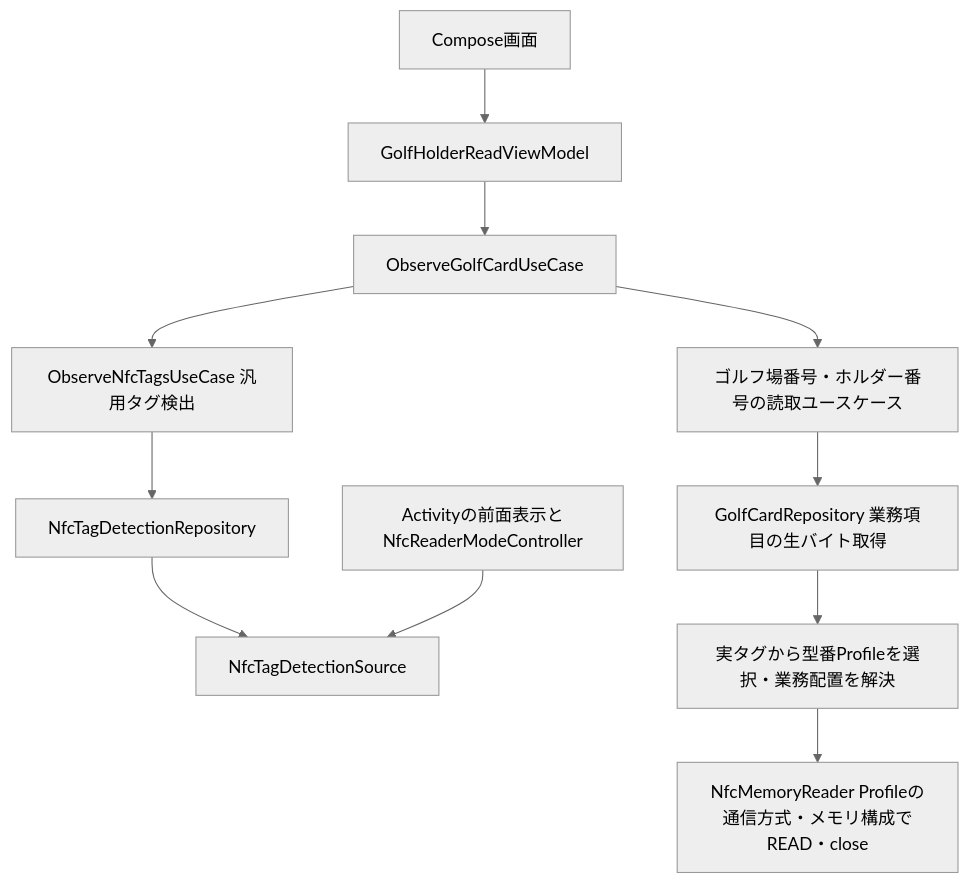
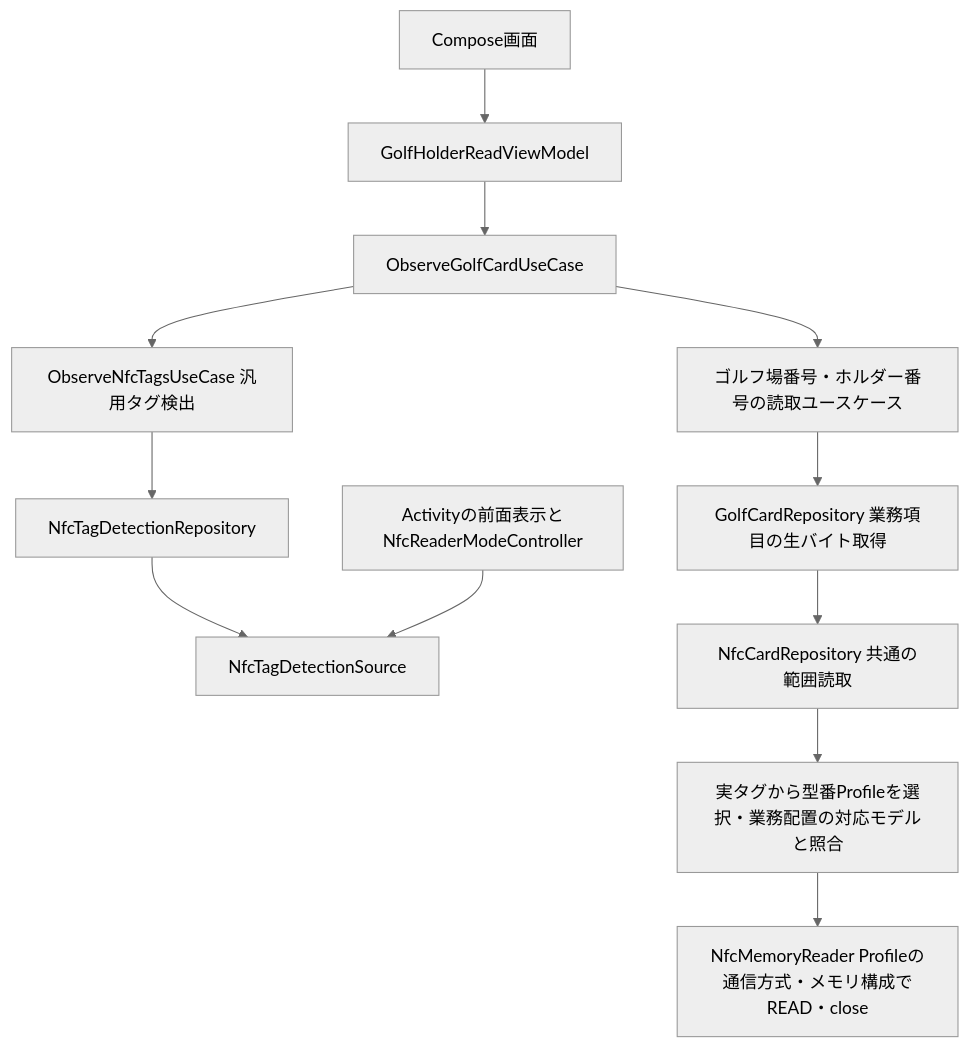
One commit to novum-d/cordova-native-gradle-workspace changed the diagram in docs/NFC_READER_DESIGN.md. Above: the diagram before and after it, drawn with Mermaid (neutral theme). The commit also changed other lines of this file and 51 other files, not shown here.

````diff
--- a/docs/NFC_READER_DESIGN.md
+++ b/docs/NFC_READER_DESIGN.md
@@ -9,13 +9,14 @@
 ```mermaid
 flowchart TD
     UI[Compose画面] --> VM[GolfHolderReadViewModel]
     VM --> Golf[ObserveGolfCardUseCase]
     Golf --> Detect[ObserveNfcTagsUseCase 汎用タグ検出]
     Detect --> DetectionRepo[NfcTagDetectionRepository]
     DetectionRepo --> Source[NfcTagDetectionSource]
     Host[Activityの前面表示とNfcReaderModeController] --> Source
     Golf --> Read[ゴルフ場番号・ホルダー番号の読取ユースケース]
     Read --> CardRepo[GolfCardRepository 業務項目の生バイト取得]
-    CardRepo --> Profile[実タグから型番Profileを選択・業務配置を解決]
+    CardRepo --> CommonRepo[NfcCardRepository 共通の範囲読取]
+    CommonRepo --> Profile[実タグから型番Profileを選択・業務配置の対応モデルと照合]
     Profile --> IO[NfcMemoryReader Profileの通信方式・メモリ構成でREAD・close]
 ```
````
